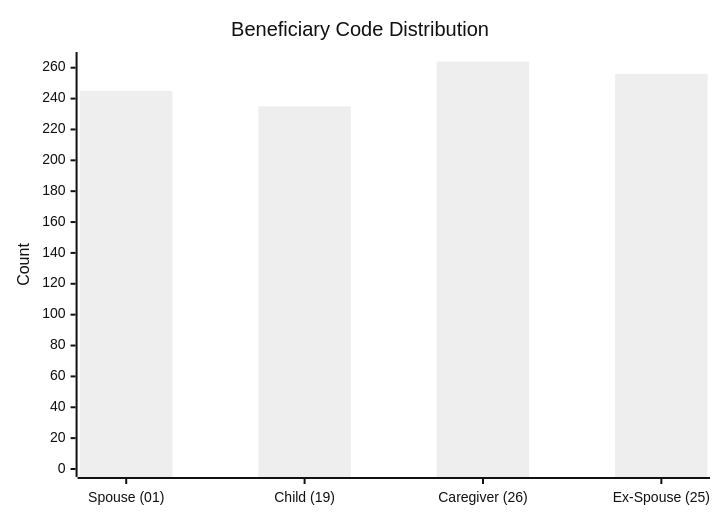
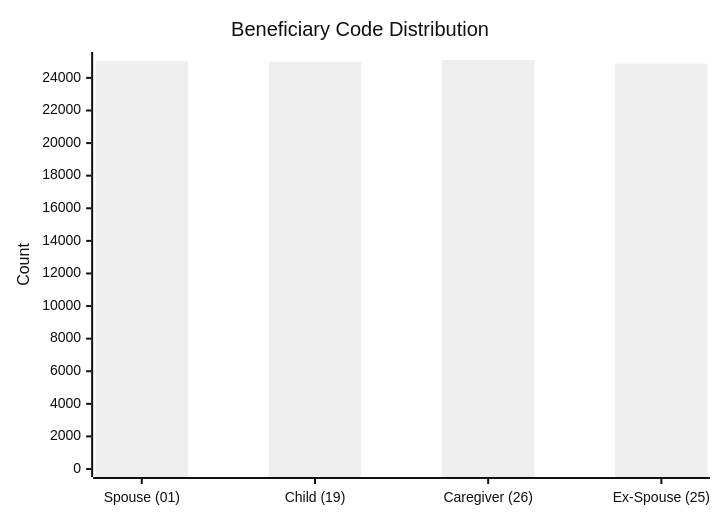
The seventh of 10 diagrams in test-tools/DataGen/src/Statistics_Visualizer.md (dhagan-va/intern-2025), drawn with Mermaid (neutral theme) before and after one commit. The commit also changed other lines of this file, not shown here.

````diff
--- a/test-tools/DataGen/src/Statistics_Visualizer.md
+++ b/test-tools/DataGen/src/Statistics_Visualizer.md
@@ -78,7 +78,7 @@
 ```mermaid
 xychart-beta
     title "Beneficiary Code Distribution"
     x-axis ["Spouse (01)", "Child (19)", "Caregiver (26)", "Ex-Spouse (25)"]
-    y-axis "Count" 0 --> 265
-    bar [245, 235, 264, 256]
+    y-axis "Count" 0 --> 25099
+    bar [25029, 24999, 25098, 24874]
 ```
````
